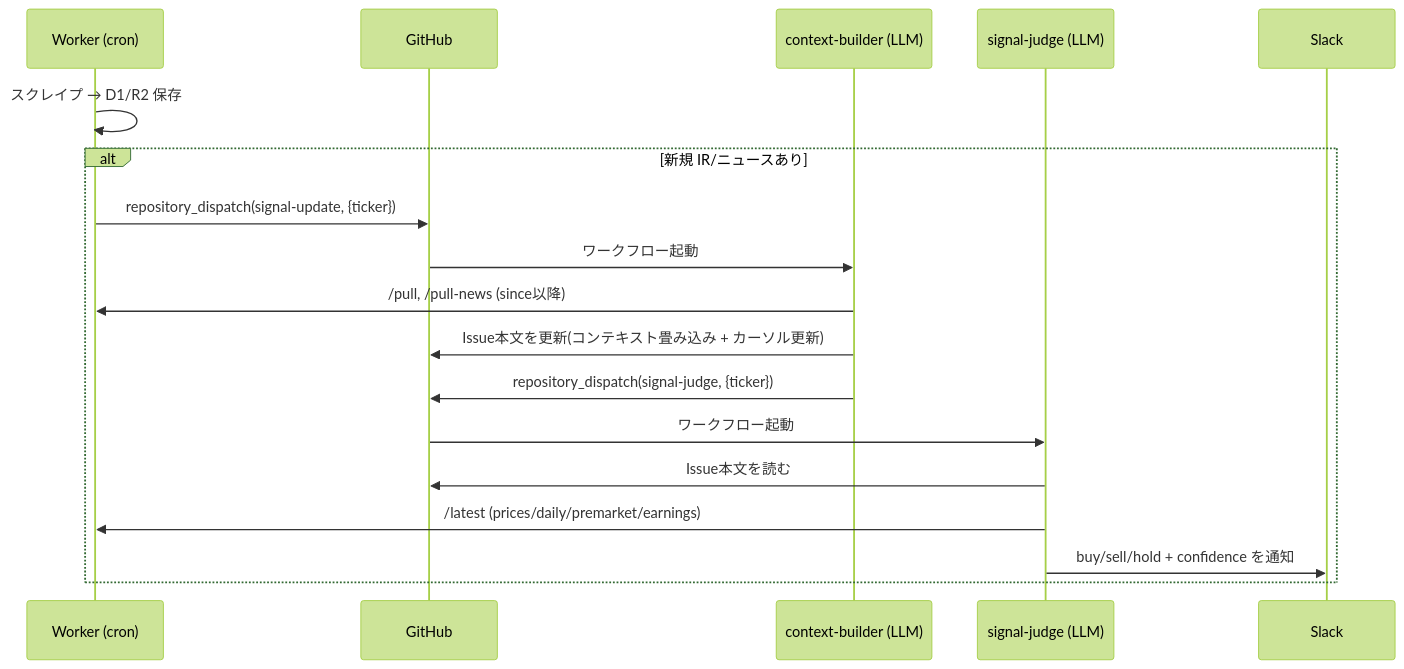
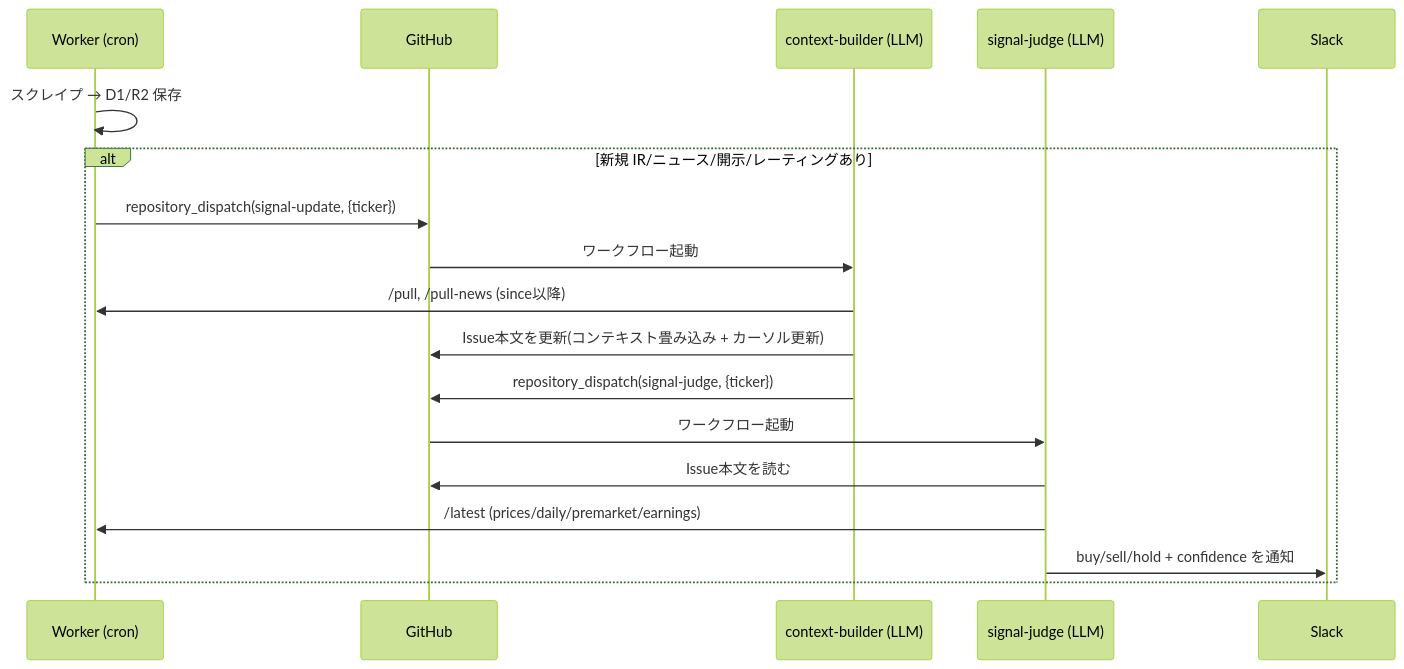
The second of 2 diagrams in README.md (omni-stove/stock-signals), drawn with Mermaid (forest theme) before and after one commit. The commit also changed other lines of this file and 10 other files, not shown here.

````diff
--- a/README.md
+++ b/README.md
@@ -101,21 +102,21 @@
 ```mermaid
 sequenceDiagram
     participant W as Worker (cron)
     participant GH as GitHub
     participant CB as context-builder (LLM)
     participant SJ as signal-judge (LLM)
     participant SL as Slack
 
     W->>W: スクレイプ → D1/R2 保存
-    alt 新規 IR/ニュースあり
+    alt 新規 IR/ニュース/開示/レーティングあり
         W->>GH: repository_dispatch(signal-update, {ticker})
         GH->>CB: ワークフロー起動
         CB->>W: /pull, /pull-news (since以降)
         CB->>GH: Issue本文を更新(コンテキスト畳み込み + カーソル更新)
         CB->>GH: repository_dispatch(signal-judge, {ticker})
         GH->>SJ: ワークフロー起動
         SJ->>GH: Issue本文を読む
         SJ->>W: /latest (prices/daily/premarket/earnings)
         SJ->>SL: buy/sell/hold + confidence を通知
     end
 ```
````
